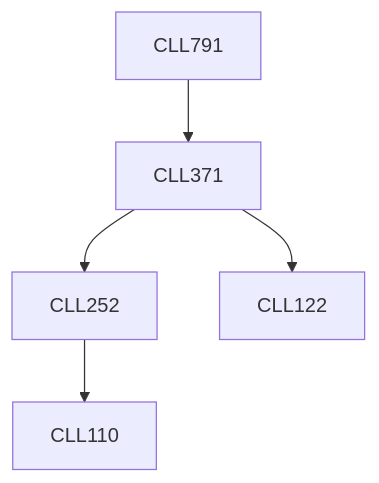
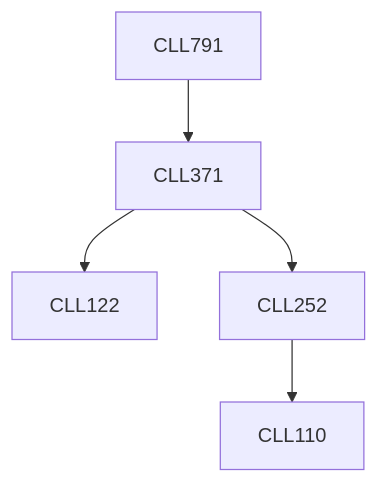
One commit to KeshavBansal0122/CoS_Website changed the diagram in content/Chemical Engineering/CLL791.md. Above: the diagram before and after it, drawn with Mermaid. The commit also changed other lines of this file and 392 other files, not shown here.

````diff
--- a/content/Chemical Engineering/CLL791.md
+++ b/content/Chemical Engineering/CLL791.md
@@ -13,11 +13,11 @@
 ```mermaid
 flowchart TD
 CLL791-164[CLL791]
+CLL371-164 --> CLL122-164[CLL122]
+CLL252-164 --> CLL110-164[CLL110]
 CLL371-164 --> CLL252-164[CLL252]
-CLL252-164 --> CLL110-164[CLL110]
-CLL371-164 --> CLL122-164[CLL122]
 CLL791-164 --> CLL371-164[CLL371]
 
 classDef empty height:17px, fill:transparent, stroke:transparent;
 classDef trueEmpty height:0px, width:0px;
 ```
````
